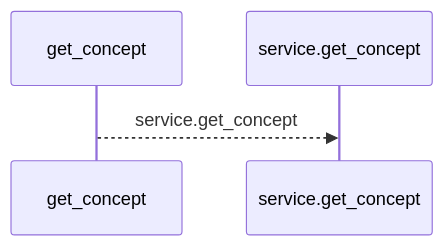
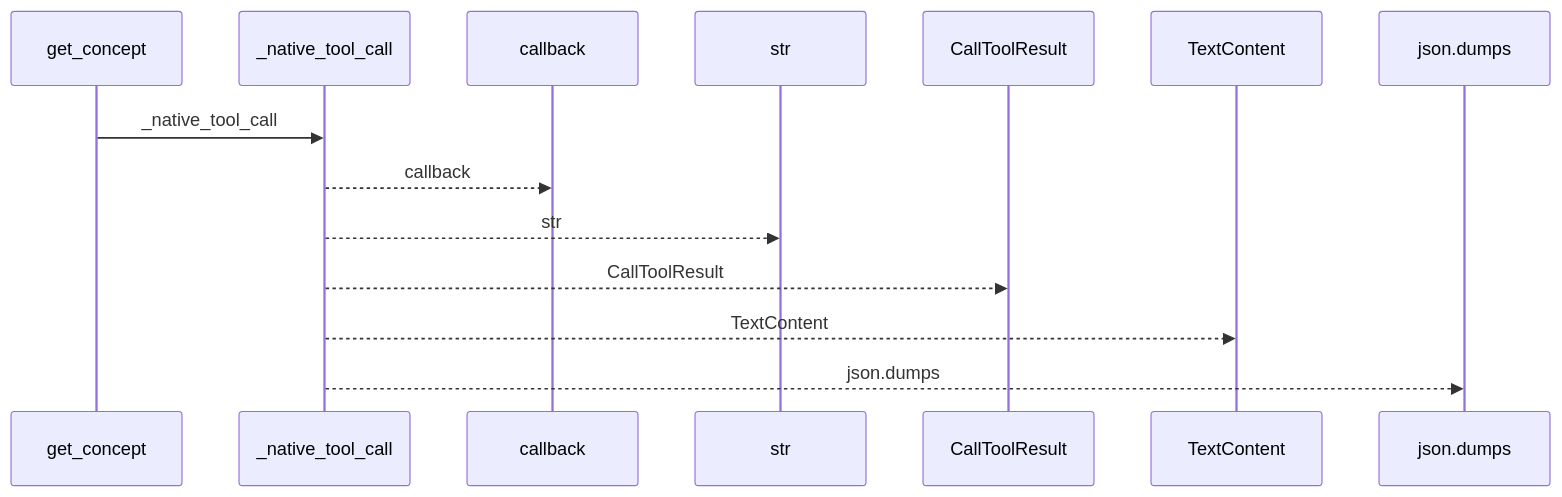
The first of 2 diagrams in docs/llm_wiki/flows/mcp-get_concept.md (Denissvgn/python-wiki-llm), drawn with Mermaid before and after one commit. The commit also changed other lines of this file and 398 other files, not shown here.

````diff
--- a/docs/llm_wiki/flows/mcp-get_concept.md
+++ b/docs/llm_wiki/flows/mcp-get_concept.md
@@ -10,6 +10,16 @@
 ```mermaid
 sequenceDiagram
     participant p0 as get_concept
-    participant p1 as service.get_concept
-    p0-->>p1: service.get_concept
+    participant p1 as _native_tool_call
+    participant p2 as callback
+    participant p3 as str
+    participant p4 as CallToolResult
+    participant p5 as TextContent
+    participant p6 as json.dumps
+    p0->>p1: _native_tool_call
+    p1-->>p2: callback
+    p1-->>p3: str
+    p1-->>p4: CallToolResult
+    p1-->>p5: TextContent
+    p1-->>p6: json.dumps
 ```
````
